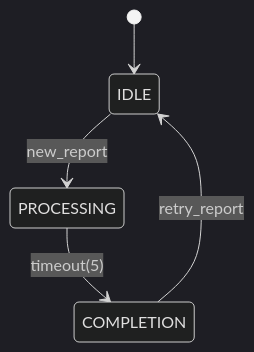
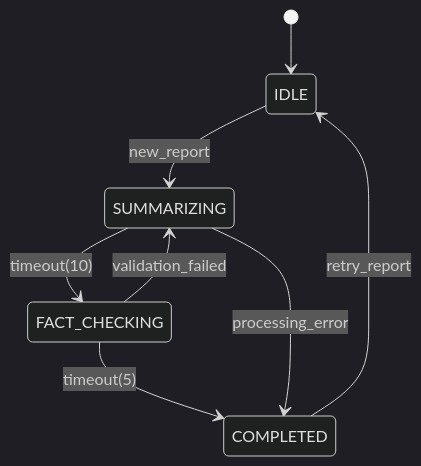
Before and after one commit to sheikkinen/statemachine-engine: the diagram in docs/fsm-diagrams/patient_records/main.mermaid, drawn with Mermaid (dark theme). The commit also changed 21 other files, not shown here.

```diff
--- a/docs/fsm-diagrams/patient_records/main.mermaid
+++ b/docs/fsm-diagrams/patient_records/main.mermaid
@@ -1,16 +1,22 @@
 stateDiagram-v2
     [*] --> IDLE
 
     %% IDLE (1 states)
     state IDLE
 
-    %% PROCESSING (2 states)
-    state PROCESSING
+    %% SUMMARIZING (1 states)
+    state SUMMARIZING
 
-    %% COMPLETION (3 states)
-    state COMPLETION
+    %% FACT_CHECKING (1 states)
+    state FACT_CHECKING
+
+    %% COMPLETED (3 states)
+    state COMPLETED
 
     %% Transitions between composites
-    IDLE --> PROCESSING : new_report
-    PROCESSING --> COMPLETION : timeout(5)
-    COMPLETION --> IDLE : retry_report
+    IDLE --> SUMMARIZING : new_report
+    SUMMARIZING --> FACT_CHECKING : timeout(10)
+    FACT_CHECKING --> COMPLETED : timeout(5)
+    FACT_CHECKING --> SUMMARIZING : validation_failed
+    SUMMARIZING --> COMPLETED : processing_error
+    COMPLETED --> IDLE : retry_report
```
